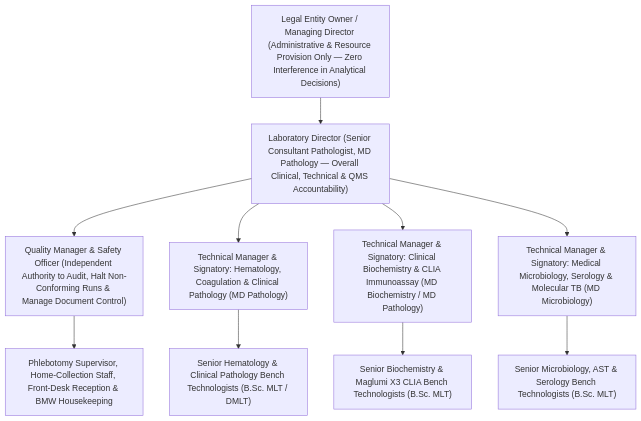
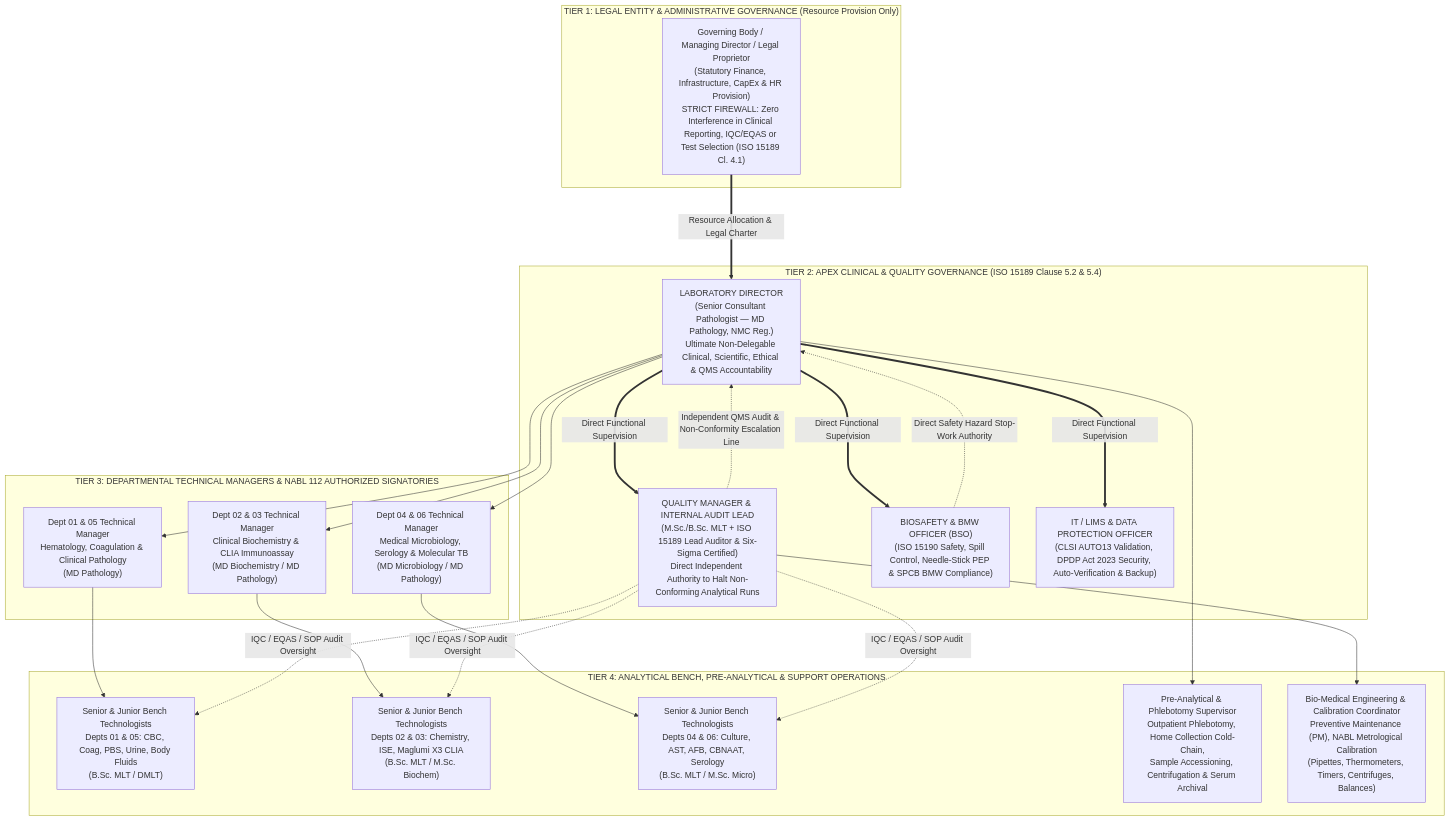
Before and after one commit to sawariyadiagnostic/references-and-interpretations: the diagram in 00_Universal_NABL_Legal_Framework/0.2_NABL_153_220D_223_Application_Dossier_and_Apex_Quality_Manual/0.2.3_Clause5_Legal_Entity_Statutory_Licenses_Org_Chart_Lab_Director_and_Quality_Indicators_SOP.md, drawn with Mermaid. The commit also changed other lines of this file and 4 other files, not shown here.

````diff
--- a/00_Universal_NABL_Legal_Framework/0.2_NABL_153_220D_223_Application_Dossier_and_Apex_Quality_Manual/0.2.3_Clause5_Legal_Entity_Statutory_Licenses_Org_Chart_Lab_Director_and_Quality_Indicators_SOP.md
+++ b/00_Universal_NABL_Legal_Framework/0.2_NABL_153_220D_223_Application_Dossier_and_Apex_Quality_Manual/0.2.3_Clause5_Legal_Entity_Statutory_Licenses_Org_Chart_Lab_Director_and_Quality_Indicators_SOP.md
@@ -30,12 +99,45 @@
 ```mermaid
 flowchart TD
-    LE["Legal Entity Owner / Managing Director (Administrative & Resource Provision Only — Zero Interference in Analytical Decisions)"] --> LD["Laboratory Director (Senior Consultant Pathologist, MD Pathology — Overall Clinical, Technical & QMS Accountability)"]
-    LD --> QM["Quality Manager & Safety Officer (Independent Authority to Audit, Halt Non-Conforming Runs & Manage Document Control)"]
-    LD --> TM1["Technical Manager & Signatory: Hematology, Coagulation & Clinical Pathology (MD Pathology)"]
-    LD --> TM2["Technical Manager & Signatory: Clinical Biochemistry & CLIA Immunoassay (MD Biochemistry / MD Pathology)"]
-    LD --> TM3["Technical Manager & Signatory: Medical Microbiology, Serology & Molecular TB (MD Microbiology)"]
-    TM1 --> BS1["Senior Hematology & Clinical Pathology Bench Technologists (B.Sc. MLT / DMLT)"]
-    TM2 --> BS2["Senior Biochemistry & Maglumi X3 CLIA Bench Technologists (B.Sc. MLT)"]
-    TM3 --> BS3["Senior Microbiology, AST & Serology Bench Technologists (B.Sc. MLT)"]
-    QM --> PHL["Phlebotomy Supervisor, Home-Collection Staff, Front-Desk Reception & BMW Housekeeping"]
+    subgraph GOV ["TIER 1: LEGAL ENTITY & ADMINISTRATIVE GOVERNANCE (Resource Provision Only)"]
+        LE["Governing Body / Managing Director / Legal Proprietor<br/>(Statutory Finance, Infrastructure, CapEx & HR Provision)<br/>STRICT FIREWALL: Zero Interference in Clinical Reporting, IQC/EQAS or Test Selection (ISO 15189 Cl. 4.1)"]
+    end
+
+    subgraph EXEC ["TIER 2: APEX CLINICAL & QUALITY GOVERNANCE (ISO 15189 Clause 5.2 & 5.4)"]
+        LD["LABORATORY DIRECTOR<br/>(Senior Consultant Pathologist — MD Pathology, NMC Reg.)<br/>Ultimate Non-Delegable Clinical, Scientific, Ethical & QMS Accountability"]
+        QM["QUALITY MANAGER & INTERNAL AUDIT LEAD<br/>(M.Sc./B.Sc. MLT + ISO 15189 Lead Auditor & Six-Sigma Certified)<br/>Direct Independent Authority to Halt Non-Conforming Analytical Runs"]
+        BSO["BIOSAFETY & BMW OFFICER (BSO)<br/>(ISO 15190 Safety, Spill Control, Needle-Stick PEP & SPCB BMW Compliance)"]
+        DPO["IT / LIMS & DATA PROTECTION OFFICER<br/>(CLSI AUTO13 Validation, DPDP Act 2023 Security, Auto-Verification & Backup)"]
+    end
+
+    subgraph TECH ["TIER 3: DEPARTMENTAL TECHNICAL MANAGERS & NABL 112 AUTHORIZED SIGNATORIES"]
+        TM1["Dept 01 & 05 Technical Manager<br/>Hematology, Coagulation & Clinical Pathology<br/>(MD Pathology)"]
+        TM2["Dept 02 & 03 Technical Manager<br/>Clinical Biochemistry & CLIA Immunoassay<br/>(MD Biochemistry / MD Pathology)"]
+        TM3["Dept 04 & 06 Technical Manager<br/>Medical Microbiology, Serology & Molecular TB<br/>(MD Microbiology / MD Pathology)"]
+    end
+
+    subgraph BENCH ["TIER 4: ANALYTICAL BENCH, PRE-ANALYTICAL & SUPPORT OPERATIONS"]
+        BS1["Senior & Junior Bench Technologists<br/>Depts 01 & 05: CBC, Coag, PBS, Urine, Body Fluids<br/>(B.Sc. MLT / DMLT)"]
+        BS2["Senior & Junior Bench Technologists<br/>Depts 02 & 03: Chemistry, ISE, Maglumi X3 CLIA<br/>(B.Sc. MLT / M.Sc. Biochem)"]
+        BS3["Senior & Junior Bench Technologists<br/>Depts 04 & 06: Culture, AST, AFB, CBNAAT, Serology<br/>(B.Sc. MLT / M.Sc. Micro)"]
+        PHL["Pre-Analytical & Phlebotomy Supervisor<br/>Outpatient Phlebotomy, Home Collection Cold-Chain,<br/>Sample Accessioning, Centrifugation & Serum Archival"]
+        BME["Bio-Medical Engineering & Calibration Coordinator<br/>Preventive Maintenance (PM), NABL Metrological Calibration<br/>(Pipettes, Thermometers, Timers, Centrifuges, Balances)"]
+    end
+
+    LE ===>|"Resource Allocation & Legal Charter"| LD
+    LD ===>|"Direct Functional Supervision"| QM
+    LD ===>|"Direct Functional Supervision"| BSO
+    LD ===>|"Direct Functional Supervision"| DPO
+    QM -.->|"Independent QMS Audit & Non-Conformity Escalation Line"| LD
+    BSO -.->|"Direct Safety Hazard Stop-Work Authority"| LD
+    LD --> TM1
+    LD --> TM2
+    LD --> TM3
+    TM1 --> BS1
+    TM2 --> BS2
+    TM3 --> BS3
+    QM -.->|"IQC / EQAS / SOP Audit Oversight"| BS1
+    QM -.->|"IQC / EQAS / SOP Audit Oversight"| BS2
+    QM -.->|"IQC / EQAS / SOP Audit Oversight"| BS3
+    LD --> PHL
+    QM --> BME
 ```
````
